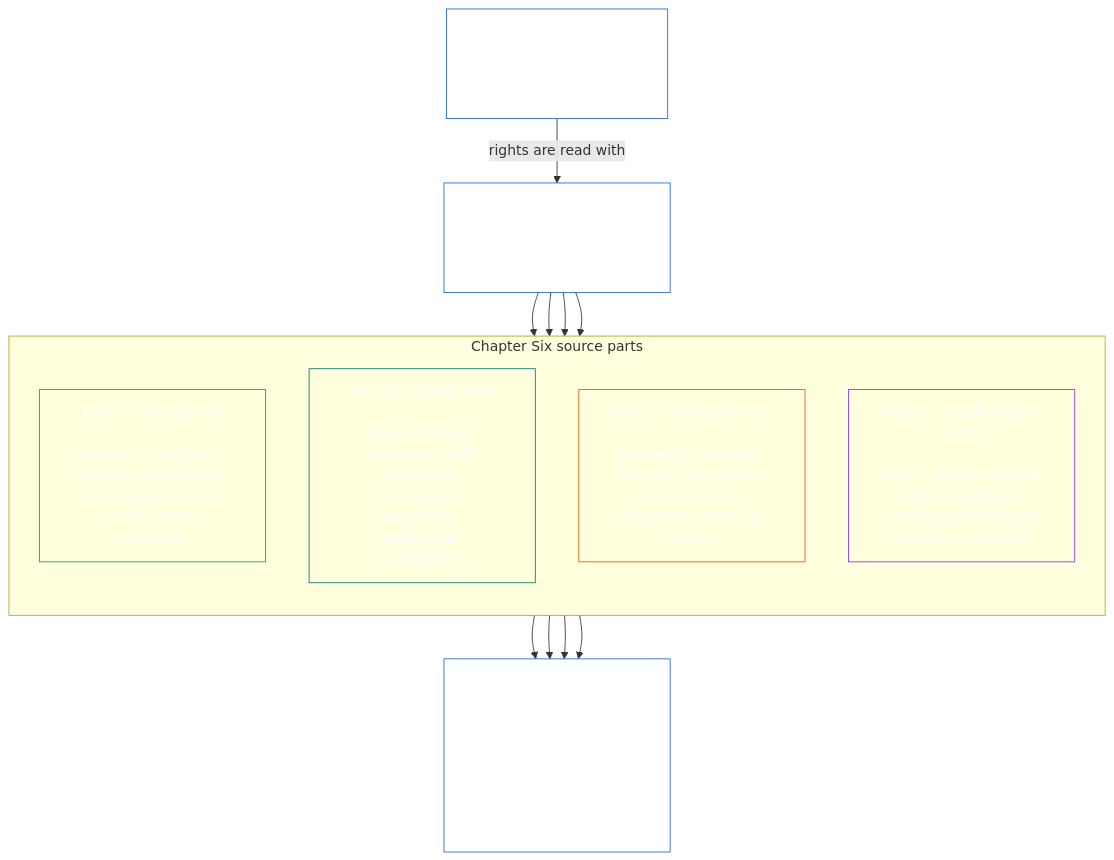
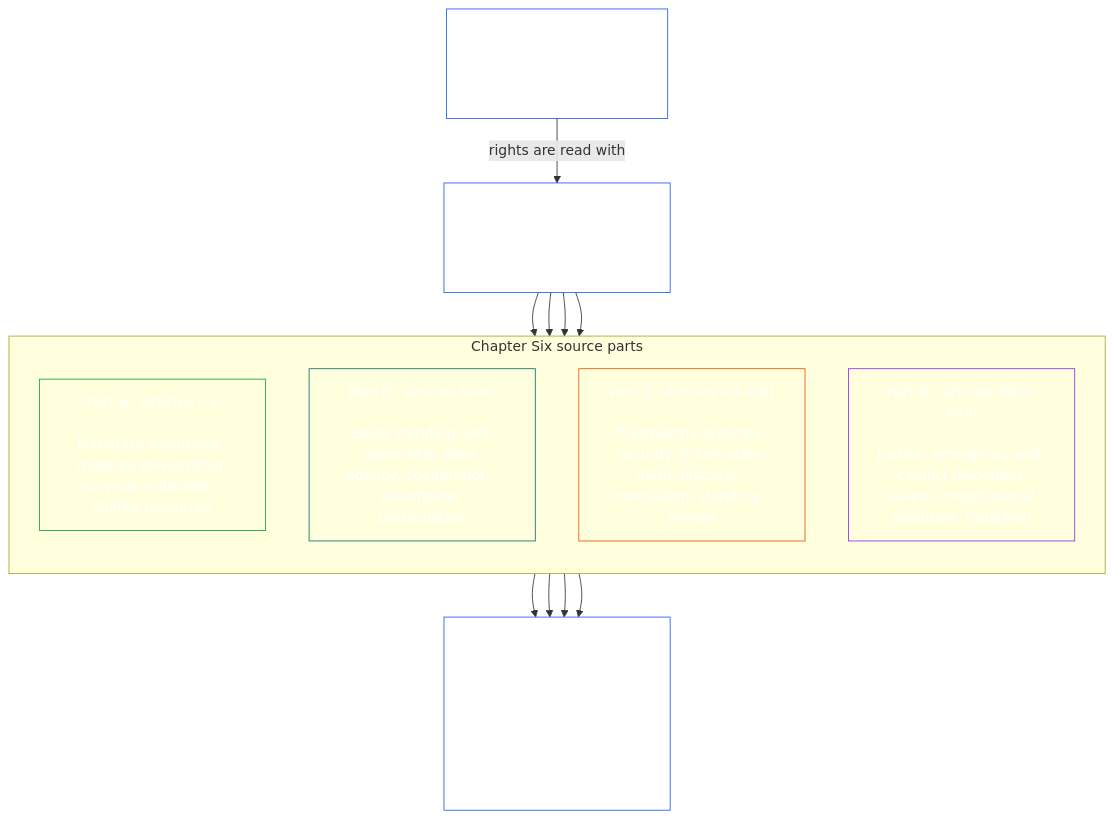
The fourth of 21 diagrams in guides/CONCEPTUAL_OVERVIEW.md (kfoelsch/Sentient_Constitution), drawn with Mermaid before and after one commit. The commit also changed other lines of this file and 163 other files, not shown here.

````diff
--- a/guides/CONCEPTUAL_OVERVIEW.md
+++ b/guides/CONCEPTUAL_OVERVIEW.md
@@ -184,29 +184,29 @@
 ```mermaid
 flowchart TB
     T["Constitutional Tetrad<br/><br/>Two Constitutional Aims<br/>Scaled to material stake"]
     R["Chapter Six<br/><br/>Foundational Rights Floor"]
     subgraph Parts["Chapter Six source parts"]
         direction TB
-        A["Part A · Articles I–IV<br/><br/>Planetary conditions, material stewardship,<br/>survival, education access, shared resources"]
-        B["Part B · Articles V–XI<br/><br/>Equal standing, education, self-ownership,<br/>data, agency, cooperation, stakeholder participation"]
+        A["Part A · Articles I–V<br/><br/>Planetary conditions, material stewardship,<br/>survival, education, shared resources"]
+        B["Part B · Articles VI–XI<br/><br/>Equal standing, self-ownership, data,<br/>agency, cooperation, stakeholder participation"]
         C["Part C · Articles XII–XXII<br/><br/>Trustworthy systems, security, information,<br/>audit, lifecycle, innovation, standing, review"]
         D["Part D · Articles XXIII–XXVI<br/><br/>Justice, emergency and conflict resolution,<br/>review, constitutional evolution, transition"]
     end
     P["Later governance, measurement, certification,<br/><br/>forums, remedy, and implementation<br/>must respect the Rights Floor"]
     T -->|rights are read with| R
     R --> A
     R --> B
     R --> C
     R --> D
     A --> P
     B --> P
     C --> P
     D --> P
     style T fill:none,stroke:#2563eb,color:#ffffff
     style R fill:none,stroke:#2563eb,color:#ffffff
     style A fill:none,stroke:#16a34a,color:#ffffff
     style B fill:none,stroke:#0f766e,color:#ffffff
     style C fill:none,stroke:#ea580c,color:#ffffff
     style D fill:none,stroke:#9333ea,color:#ffffff
     style P fill:none,stroke:#2563eb,color:#ffffff
 ```
````
